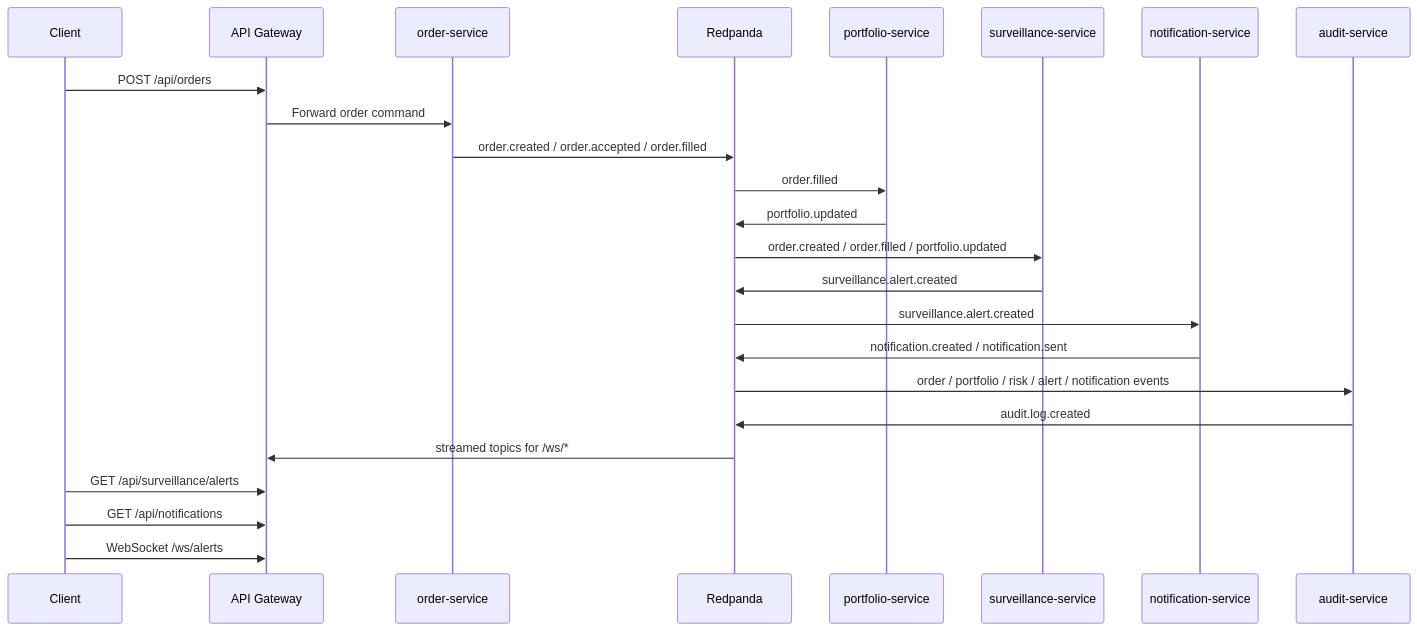
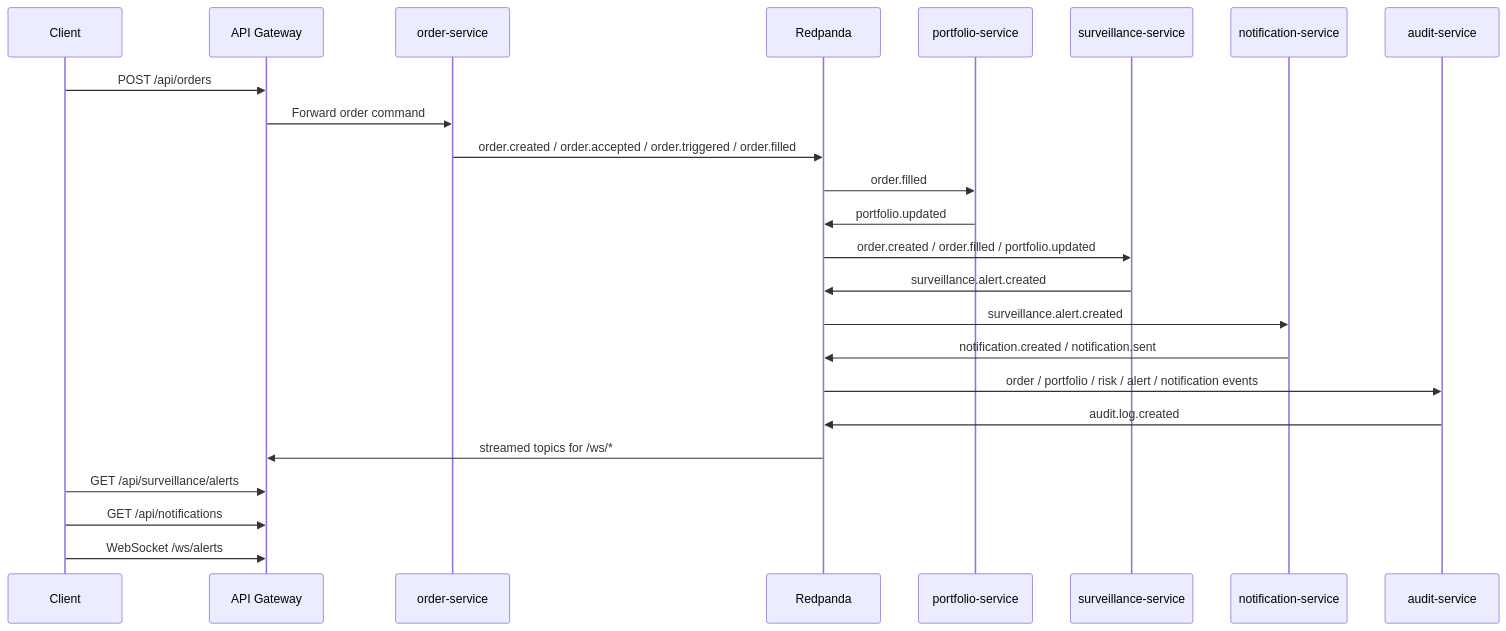
One commit to ietuday/tradeops-intelligence-platform changed the diagram in docs/architecture/event-flow.md. Above: the diagram before and after it, drawn with Mermaid. The commit also changed other lines of this file and 32 other files, not shown here.

````diff
--- a/docs/architecture/event-flow.md
+++ b/docs/architecture/event-flow.md
@@ -56,27 +58,27 @@
 ```mermaid
 sequenceDiagram
   participant Client
   participant Gateway as API Gateway
   participant Order as order-service
   participant Kafka as Redpanda
   participant Portfolio as portfolio-service
   participant Surveillance as surveillance-service
   participant Notification as notification-service
   participant Audit as audit-service
 
   Client->>Gateway: POST /api/orders
   Gateway->>Order: Forward order command
-  Order->>Kafka: order.created / order.accepted / order.filled
+  Order->>Kafka: order.created / order.accepted / order.triggered / order.filled
   Kafka->>Portfolio: order.filled
   Portfolio->>Kafka: portfolio.updated
   Kafka->>Surveillance: order.created / order.filled / portfolio.updated
   Surveillance->>Kafka: surveillance.alert.created
   Kafka->>Notification: surveillance.alert.created
   Notification->>Kafka: notification.created / notification.sent
   Kafka->>Audit: order / portfolio / risk / alert / notification events
   Audit->>Kafka: audit.log.created
   Kafka->>Gateway: streamed topics for /ws/*
   Client->>Gateway: GET /api/surveillance/alerts
   Client->>Gateway: GET /api/notifications
   Client->>Gateway: WebSocket /ws/alerts
 ```
````
